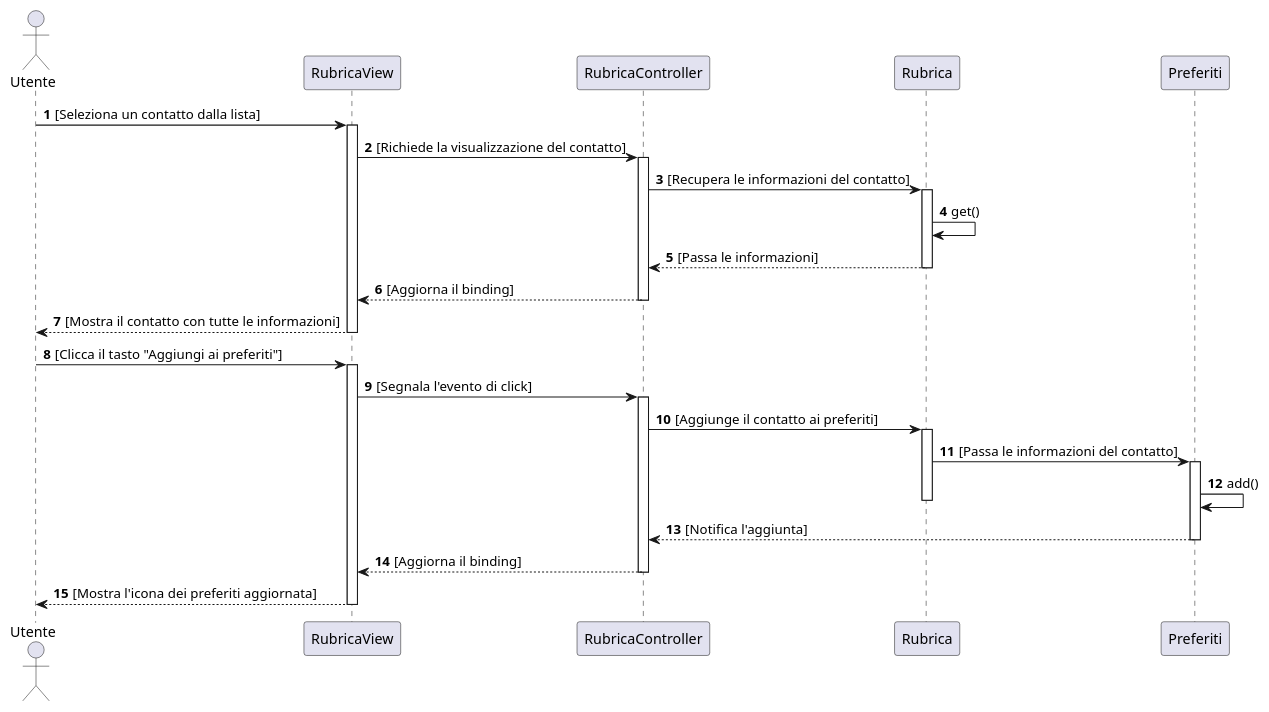
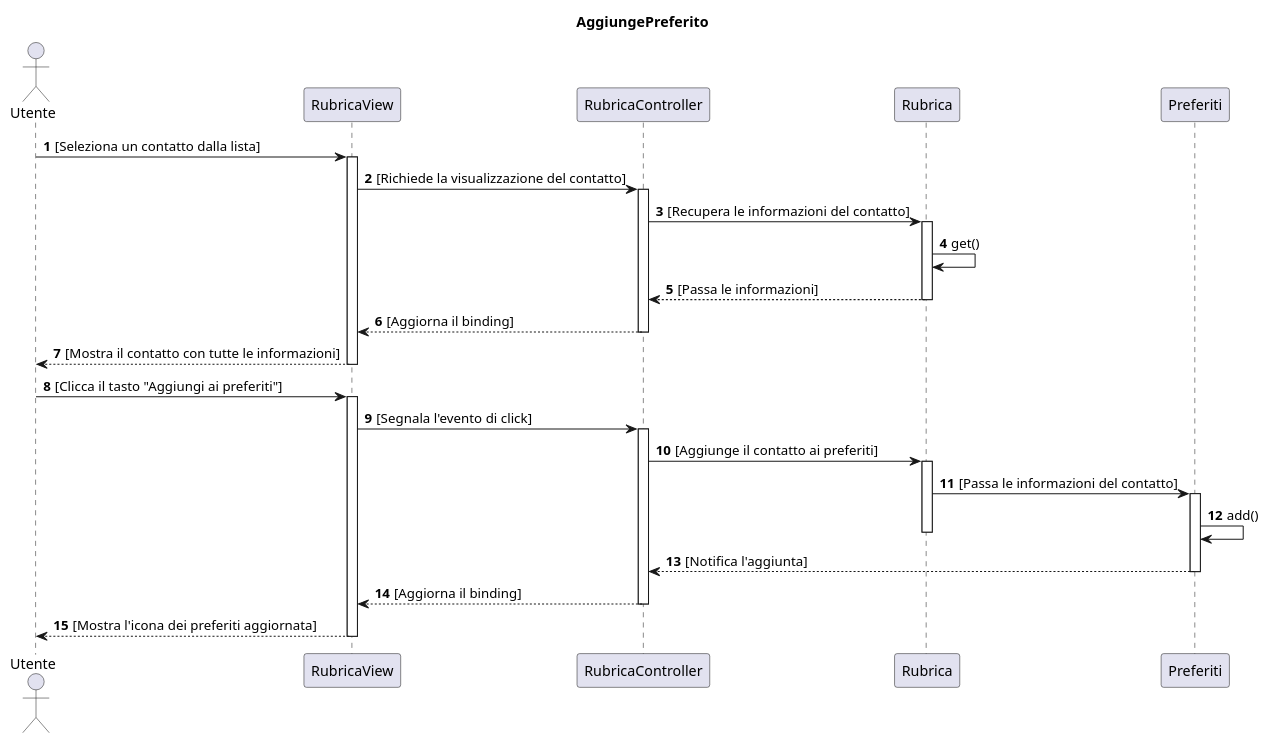
The diagram in docs/bozze/Diagrammi/Sequenza/ScenarioAggiuntaPreferiti.puml (emanueletocci/uni-swe-project), drawn with PlantUML before and after one commit. The commit also changed 9 other files, not shown here.

First line of the commit message:
Aggiornamento diagrammi di sequenza

```diff
--- a/docs/bozze/Diagrammi/Sequenza/ScenarioAggiuntaPreferiti.puml
+++ b/docs/bozze/Diagrammi/Sequenza/ScenarioAggiuntaPreferiti.puml
@@ -1,38 +1,39 @@
 @startuml
+title AggiungePreferito
 autonumber
 actor Utente
 participant RubricaView
 participant RubricaController
 participant Rubrica
 participant Preferiti
 
 Utente->RubricaView : [Seleziona un contatto dalla lista]
 activate RubricaView
 RubricaView->RubricaController : [Richiede la visualizzazione del contatto]
 activate RubricaController
 RubricaController->Rubrica : [Recupera le informazioni del contatto]
 activate Rubrica
 Rubrica->Rubrica: get()
 Rubrica-->RubricaController : [Passa le informazioni]
 deactivate Rubrica
 RubricaController-->RubricaView : [Aggiorna il binding]
 deactivate RubricaController
 RubricaView-->Utente : [Mostra il contatto con tutte le informazioni]
 deactivate RubricaView
 Utente->RubricaView : [Clicca il tasto "Aggiungi ai preferiti"]
 activate RubricaView
 RubricaView->RubricaController : [Segnala l'evento di click]
 activate RubricaController
 RubricaController->Rubrica : [Aggiunge il contatto ai preferiti]
 activate Rubrica
 Rubrica->Preferiti : [Passa le informazioni del contatto]
 activate Preferiti
 Preferiti->Preferiti : add()
 deactivate Rubrica
 Preferiti-->RubricaController : [Notifica l'aggiunta]
 deactivate Preferiti
 RubricaController-->RubricaView : [Aggiorna il binding]
 deactivate RubricaController
 RubricaView-->Utente : [Mostra l'icona dei preferiti aggiornata]
 deactivate RubricaView
 @enduml
```
